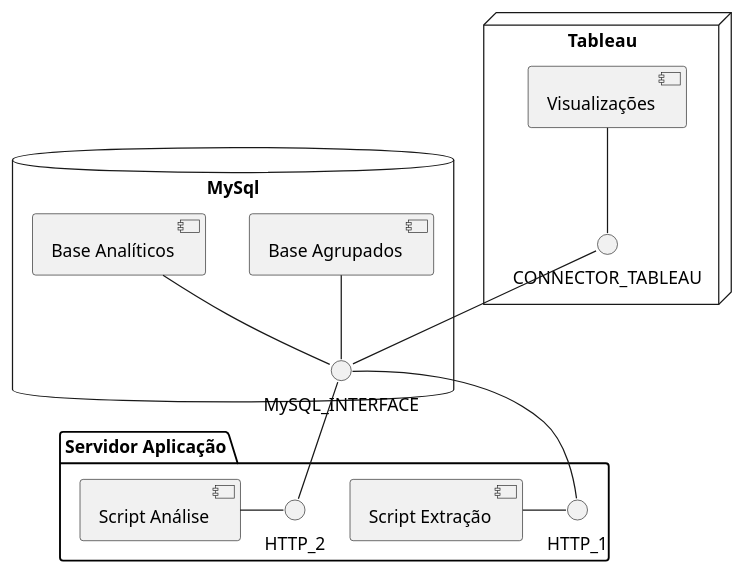
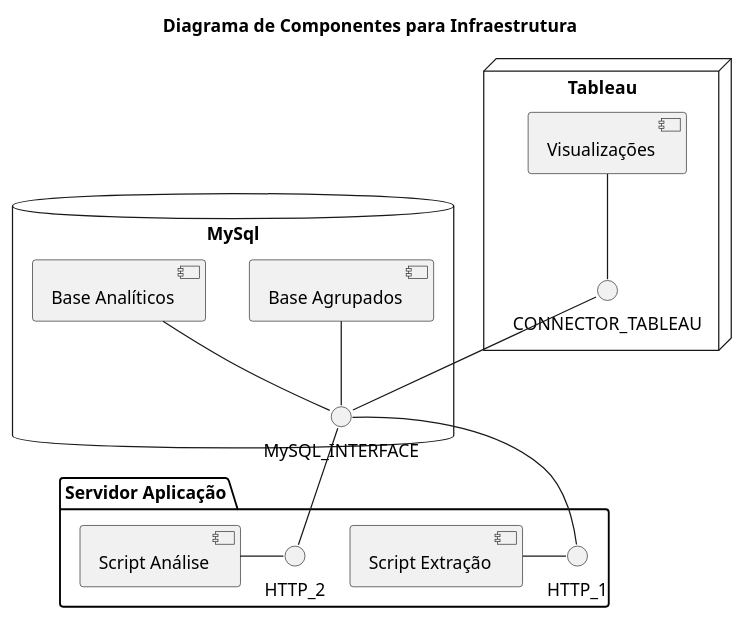
The diagram in modelagem/infraestrutura.puml (PUCMG-Grupo-06/projeto_energia_etl), drawn with PlantUML before and after one commit. The commit also changed 12 other files, not shown here.

```diff
--- a/modelagem/infraestrutura.puml
+++ b/modelagem/infraestrutura.puml
@@ -1,22 +1,23 @@
 @startuml
+title "Diagrama de Componentes para Infraestrutura"
 
 package "Servidor Aplicação" {
     [Script Extração] - HTTP_1
     [Script Análise] - HTTP_2
 }
 
 node "Tableau" {
     [Visualizações] -- CONNECTOR_TABLEAU
 }
 
 database "MySql" {
     [Base Agrupados] -- MySQL_INTERFACE
     [Base Analíticos] -- MySQL_INTERFACE
 }
 
 MySQL_INTERFACE -- HTTP_1
 MySQL_INTERFACE - HTTP_2
 
 CONNECTOR_TABLEAU -- MySQL_INTERFACE
 
 @enduml
```
